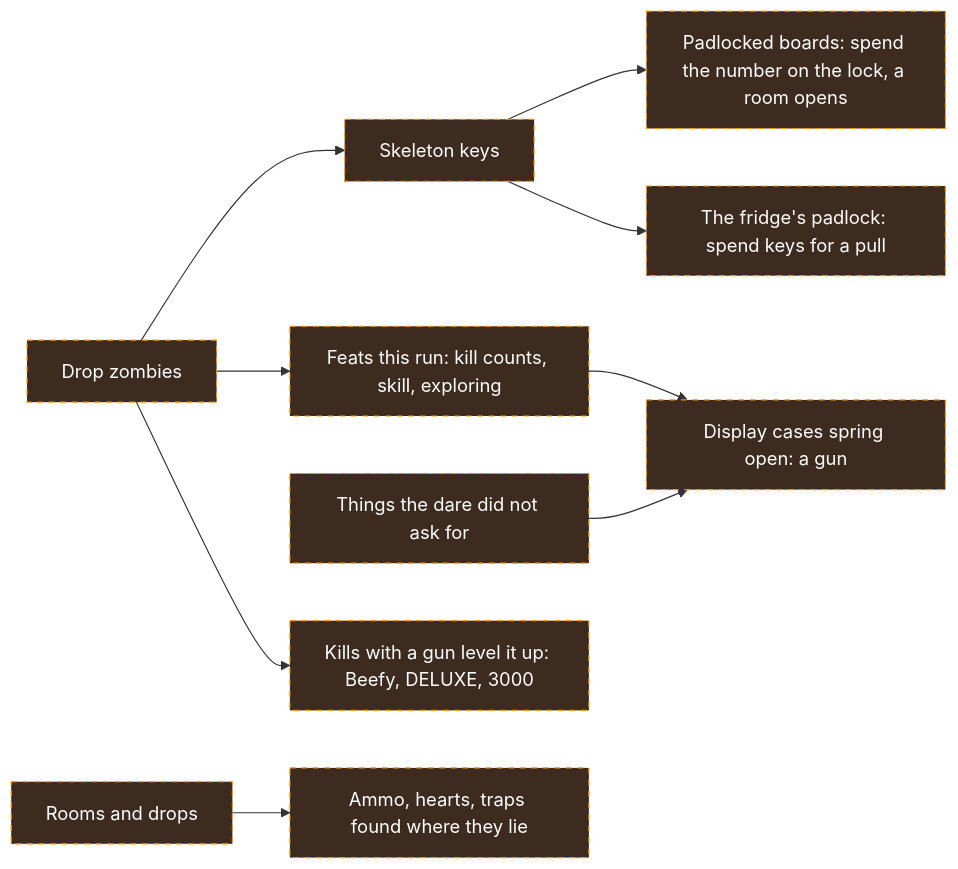
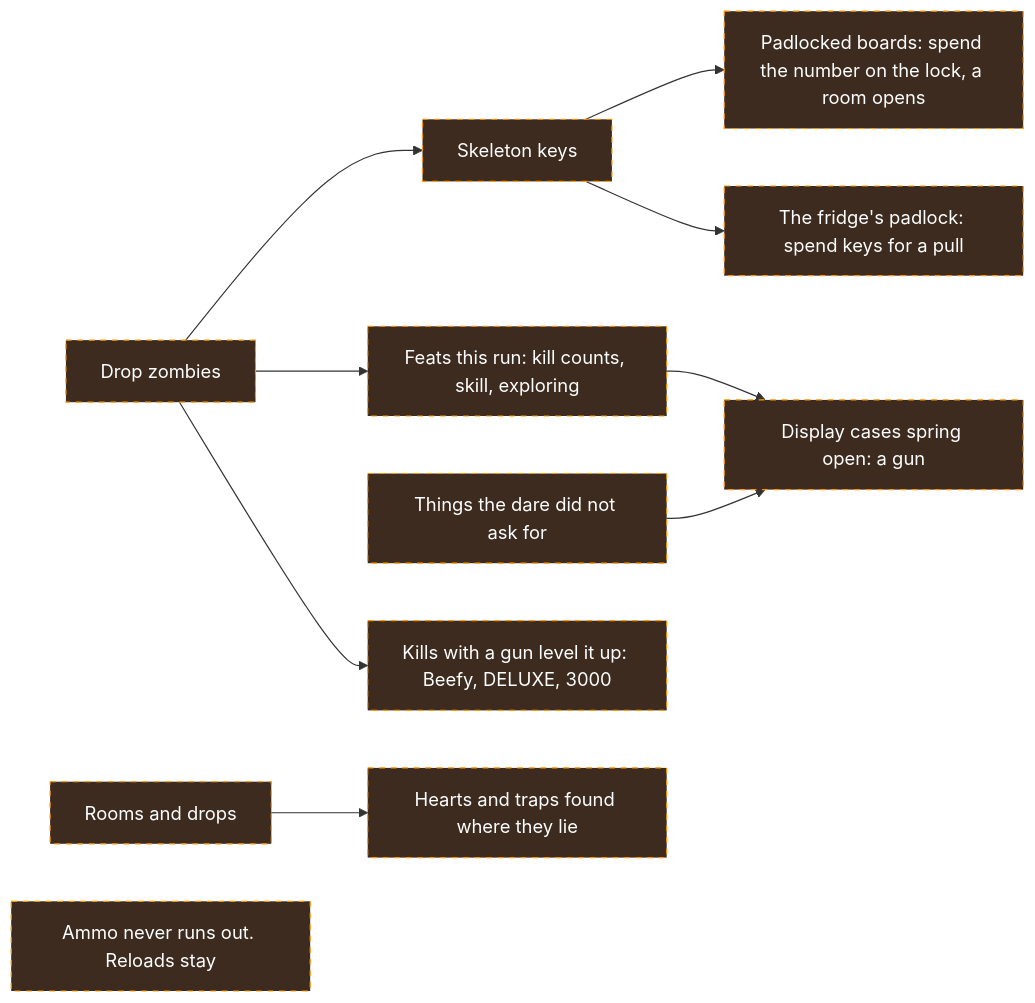
Before and after one commit to Tanner-Scadden/munch-manor: the fifth of 7 diagrams in FLOW.md, drawn with Mermaid. The commit also changed other lines of this file and 2 other files, not shown here.

First line of the commit message:
docs: endless ammo, with magazines and reloads kept

````diff
--- a/FLOW.md
+++ b/FLOW.md
@@ -178,13 +178,14 @@
 ```mermaid
 flowchart LR
   kill[Drop zombies]:::proposed --> keys[Skeleton keys]:::proposed
   keys --> boards[Padlocked boards: spend the number on the lock, a room opens]:::proposed
   keys --> fridge[The fridge's padlock: spend keys for a pull]:::proposed
   kill --> feats[Feats this run: kill counts, skill, exploring]:::proposed
   feats --> cases[Display cases spring open: a gun]:::proposed
   find[Things the dare did not ask for]:::proposed --> cases
   kill --> use[Kills with a gun level it up: Beefy, DELUXE, 3000]:::proposed
-  rooms[Rooms and drops]:::proposed --> found[Ammo, hearts, traps found where they lie]:::proposed
+  rooms[Rooms and drops]:::proposed --> found[Hearts and traps found where they lie]:::proposed
+  ammo2[Ammo never runs out. Reloads stay]:::proposed
 
   classDef proposed fill:#3d2b1f,stroke:#ff9800,color:#fff,stroke-dasharray: 5 5
 ```
````
